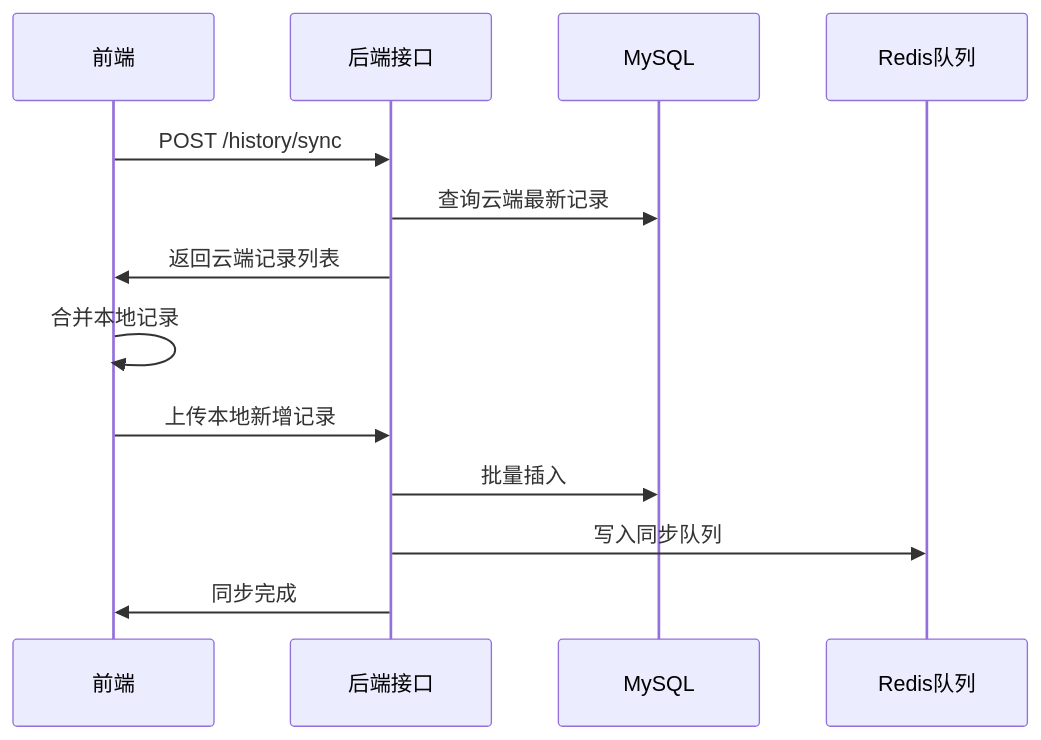
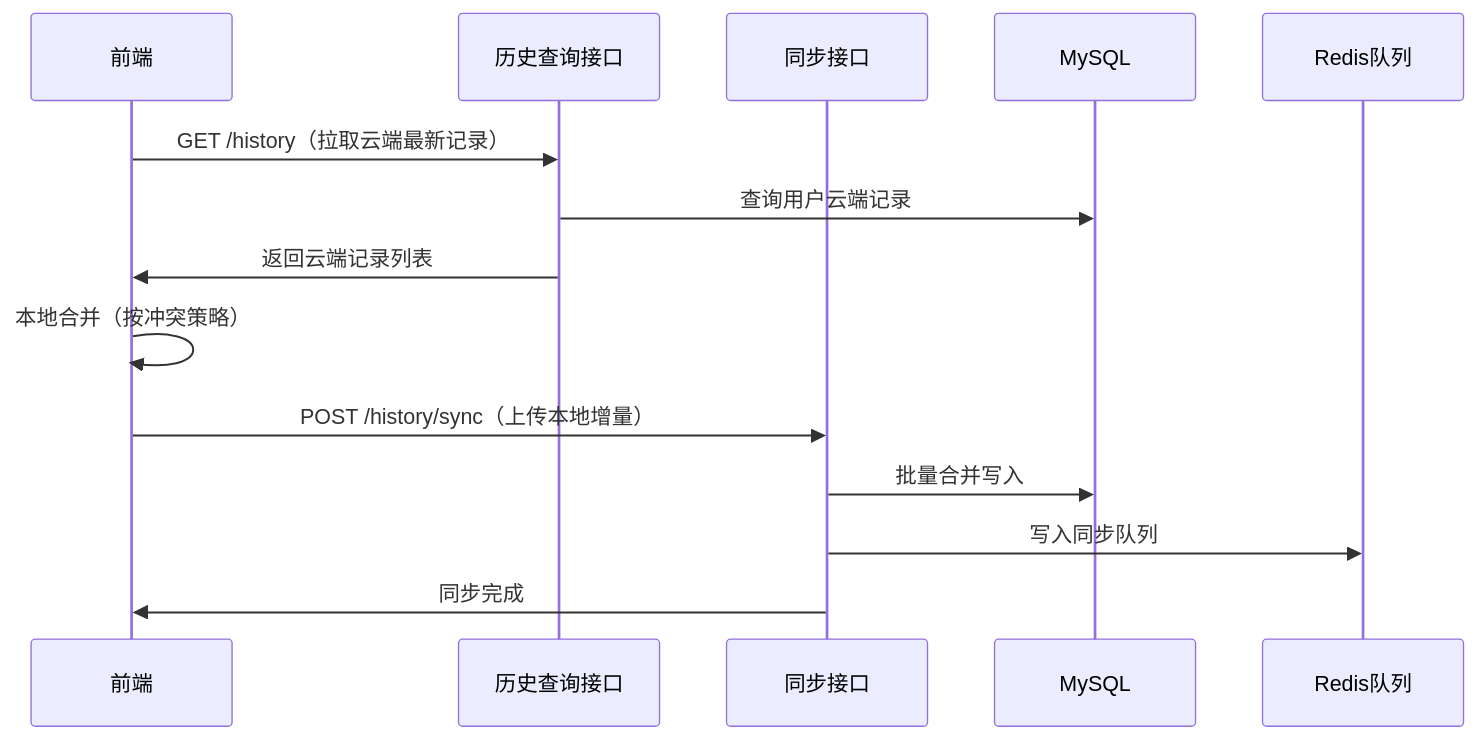
Before and after one commit to earthy-zinc/dehaze-system: the fourth of 4 diagrams in dehaze-doc/docs/03-模块设计/核心模块/图像输入/后端实现.md, drawn with Mermaid. The commit also changed other lines of this file and 128 other files, not shown here.

````diff
--- a/dehaze-doc/docs/03-模块设计/核心模块/图像输入/后端实现.md
+++ b/dehaze-doc/docs/03-模块设计/核心模块/图像输入/后端实现.md
@@ -219,16 +171,17 @@
 ```mermaid
 sequenceDiagram
     participant Client as 前端
-    participant API as 后端接口
+    participant Query as 历史查询接口
+    participant Sync as 同步接口
     participant DB as MySQL
     participant Queue as Redis队列
 
-    Client->>API: POST /history/sync
-    API->>DB: 查询云端最新记录
-    API->>Client: 返回云端记录列表
-    Client->>Client: 合并本地记录
-    Client->>API: 上传本地新增记录
-    API->>DB: 批量插入
-    API->>Queue: 写入同步队列
-    API->>Client: 同步完成
+    Client->>Query: GET /history（拉取云端最新记录）
+    Query->>DB: 查询用户云端记录
+    Query->>Client: 返回云端记录列表
+    Client->>Client: 本地合并（按冲突策略）
+    Client->>Sync: POST /history/sync（上传本地增量）
+    Sync->>DB: 批量合并写入
+    Sync->>Queue: 写入同步队列
+    Sync->>Client: 同步完成
 ```
````
